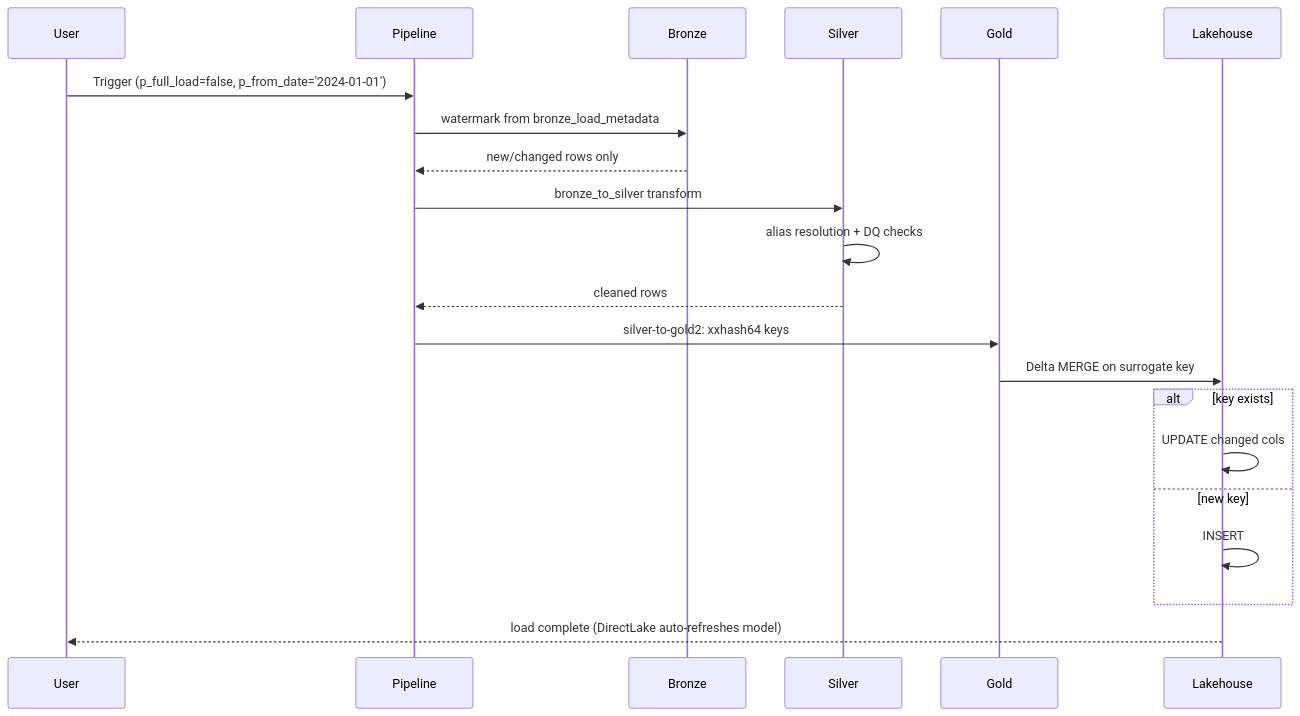
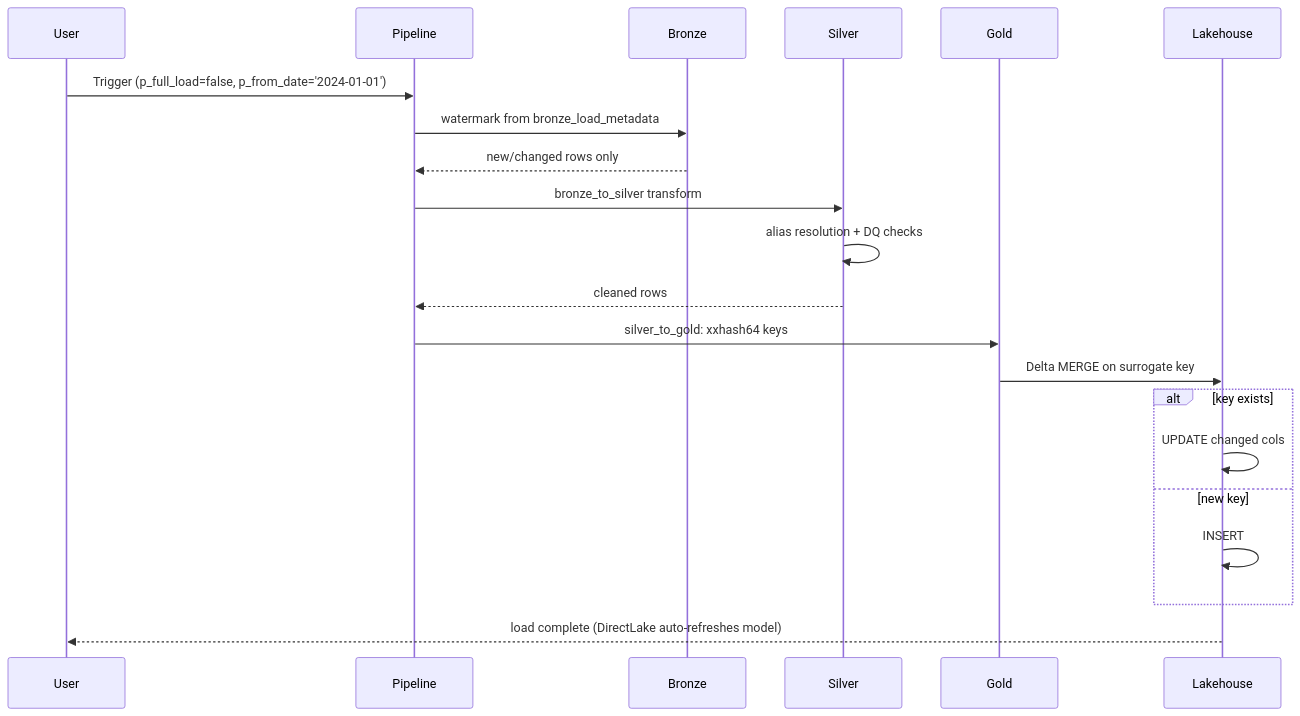
Before and after one commit to erikemilsson/OEMMatInsightBI: the third of 4 diagrams in docs/architecture/data-flow-diagram.md, drawn with Mermaid. The commit also changed other lines of this file and 44 other files, not shown here.

First line of the commit message:
cleanup(phase-5): repo lockstep for notebook rename silver-to-gold2 → silver_to_gold

````diff
--- a/docs/architecture/data-flow-diagram.md
+++ b/docs/architecture/data-flow-diagram.md
@@ -115,24 +115,24 @@
 ```mermaid
 sequenceDiagram
     participant User
     participant Pipeline
     participant Bronze
     participant Silver
     participant Gold
     participant Lakehouse
 
     User->>Pipeline: Trigger (p_full_load=false, p_from_date='2024-01-01')
     Pipeline->>Bronze: watermark from bronze_load_metadata
     Bronze-->>Pipeline: new/changed rows only
     Pipeline->>Silver: bronze_to_silver transform
     Silver->>Silver: alias resolution + DQ checks
     Silver-->>Pipeline: cleaned rows
-    Pipeline->>Gold: silver-to-gold2: xxhash64 keys
+    Pipeline->>Gold: silver_to_gold: xxhash64 keys
     Gold->>Lakehouse: Delta MERGE on surrogate key
     alt key exists
         Lakehouse->>Lakehouse: UPDATE changed cols
     else new key
         Lakehouse->>Lakehouse: INSERT
     end
     Lakehouse-->>User: load complete (DirectLake auto-refreshes model)
 ```
````
